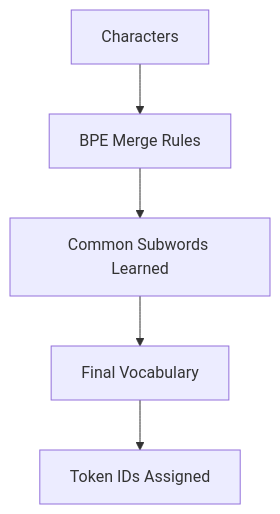
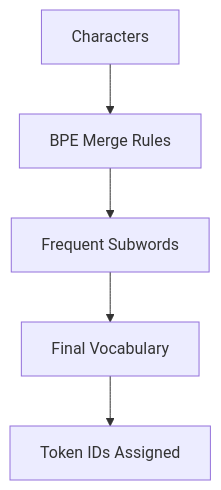
The third of 4 diagrams in README.md (mayank171/SLM), drawn with Mermaid before and after one commit. The commit also changed other lines of this file, not shown here.

````diff
--- a/README.md
+++ b/README.md
@@ -212,7 +214,7 @@
 ``` mermaid
 flowchart TD
     A[Characters] --> B[BPE Merge Rules]
-    B --> C[Common Subwords Learned]
+    B --> C[Frequent Subwords]
     C --> D[Final Vocabulary]
     D --> E[Token IDs Assigned]
 ```
````
